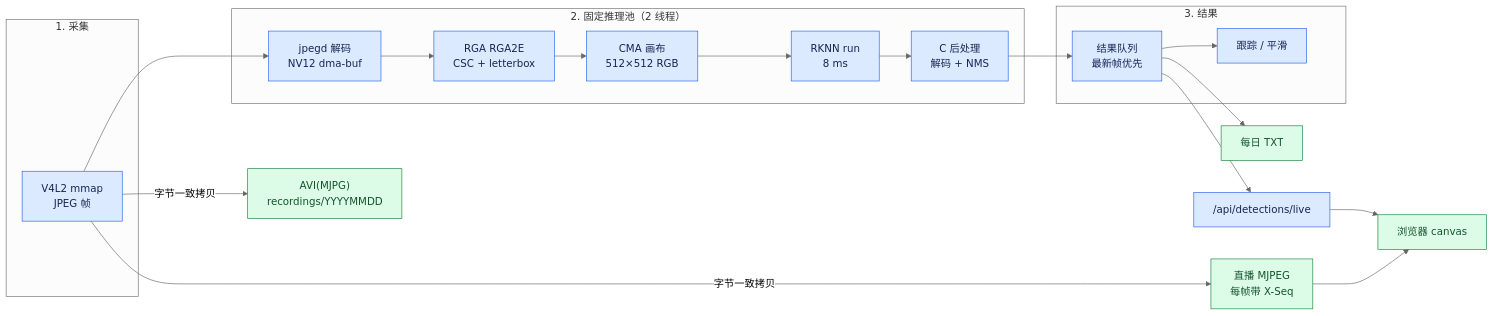
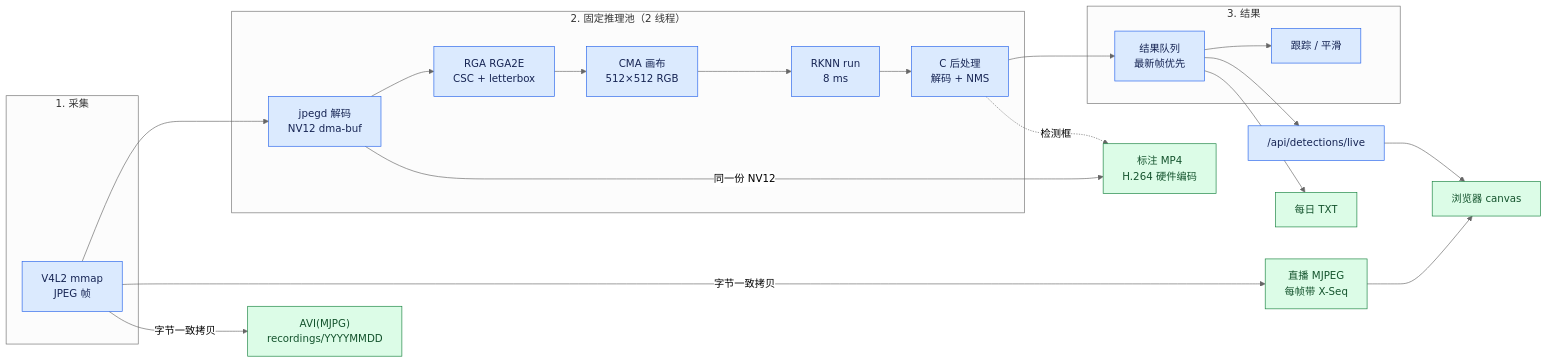
Before and after one commit to qianruo-orange/autonomous-driving-car: the second of 6 diagrams in README.md, drawn with Mermaid (neutral theme). The commit also changed other lines of this file, not shown here.

First line of the commit message:
docs: redraw the media diagrams with the annotated output

````diff
--- a/README.md
+++ b/README.md
@@ -78,27 +79,29 @@
 ```mermaid
 flowchart LR
     subgraph Capture["1. 采集"]
         Raw["V4L2 mmap<br/>JPEG 帧"]
     end
     subgraph Infer["2. 固定推理池（2 线程）"]
         Nv12["jpegd 解码<br/>NV12 dma-buf"] --> Rga["RGA RGA2E<br/>CSC + letterbox"]
         Rga --> Canvas["CMA 画布<br/>512×512 RGB"]
         Canvas --> Npu["RKNN run<br/>8 ms"]
         Npu --> Post["C 后处理<br/>解码 + NMS"]
     end
     subgraph Render["3. 结果"]
         Latest["结果队列<br/>最新帧优先"] --> Track["跟踪 / 平滑"]
     end
     Raw --> Nv12
     Post --> Latest
     Raw -->|字节一致拷贝| Live["直播 MJPEG<br/>每帧带 X-Seq"]
     Raw -->|字节一致拷贝| AVI["AVI(MJPG)<br/>recordings/YYYYMMDD"]
+    Nv12 -->|同一份 NV12| Annot["标注 MP4<br/>H.264 硬件编码"]
+    Post -.->|检测框| Annot
     Latest --> Api["/api/detections/live"]
     Api --> Browser["浏览器 canvas"]
     Live --> Browser
     Latest --> Reports["每日 TXT"]
     classDef process fill:#dbeafe,stroke:#2563eb,color:#172554
     classDef output fill:#dcfce7,stroke:#15803d,color:#14532d
     class Raw,Nv12,Rga,Canvas,Npu,Post,Latest,Track,Api process
-    class Live,AVI,Browser,Reports output
+    class Live,AVI,Annot,Browser,Reports output
 ```
````
